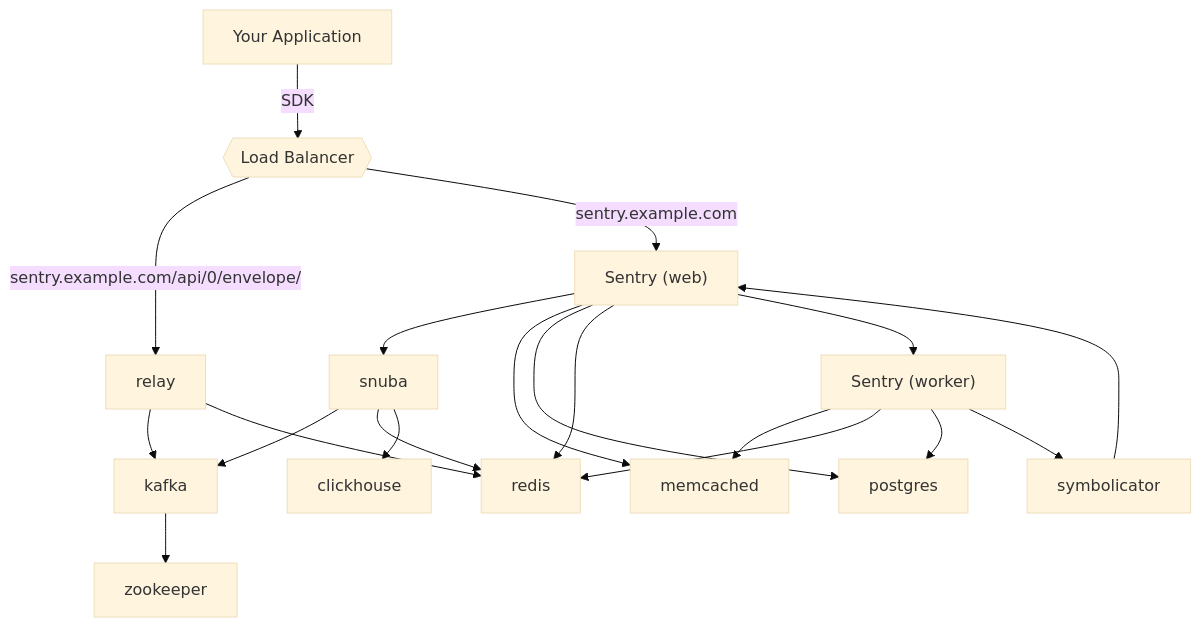
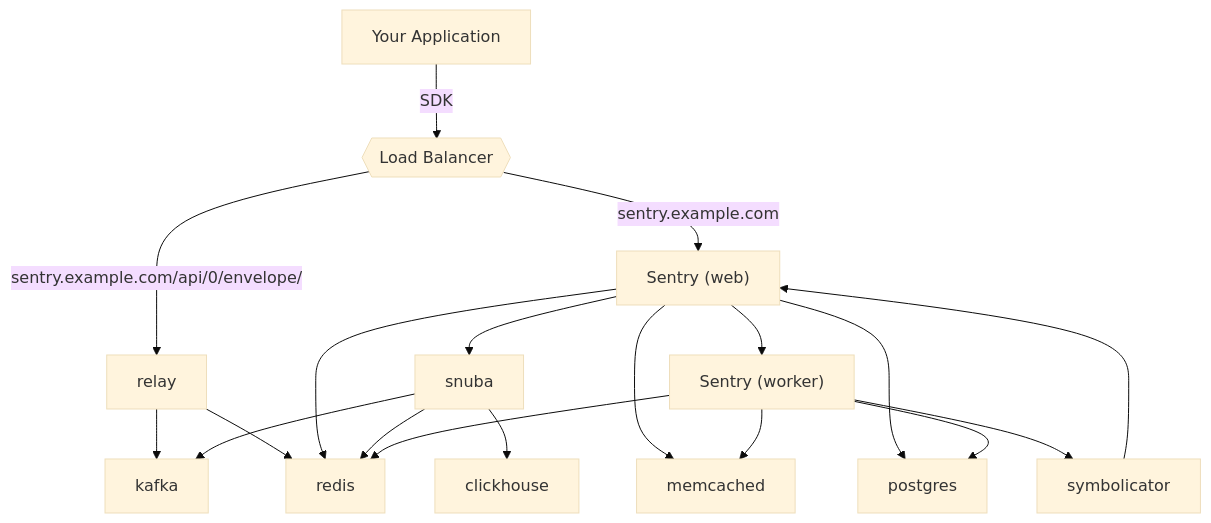
Before and after one commit to getsentry/sentry-docs: the first of 3 diagrams in develop-docs/application-architecture/overview.mdx, drawn with Mermaid (base theme). The commit also changed 2 other files, not shown here.

Commit message:
fix(self-hosted): Remove Zookeeper notes

````diff
--- a/develop-docs/application-architecture/overview.mdx
+++ b/develop-docs/application-architecture/overview.mdx
@@ -10,25 +10,24 @@
 ```mermaid
 graph TD
   app[Your Application] --> |SDK| lb{{Load Balancer}}
   lb --> |"sentry.example.com/api/0/envelope/"| relay
   lb --> |"sentry.example.com"| sentry_web["Sentry (web)"]
   symbolicator --> sentry_web
   relay --> kafka
   relay --> redis
   sentry_web --> snuba
   sentry_web --> memcached
   sentry_web --> postgres
   sentry_web --> redis
   snuba --> kafka
   snuba --> redis
   snuba --> clickhouse
-  kafka --> zookeeper
   sentry_web --> sentry_worker["Sentry (worker)"]
   sentry_worker --> memcached
   sentry_worker --> redis
   sentry_worker --> postgres
   sentry_worker --> symbolicator
 
   click snuba "https://github.com/getsentry/snuba" "Snuba Documentation"
   click relay "https://github.com/getsentry/relay" "Relay Documentation"
 ```
````
